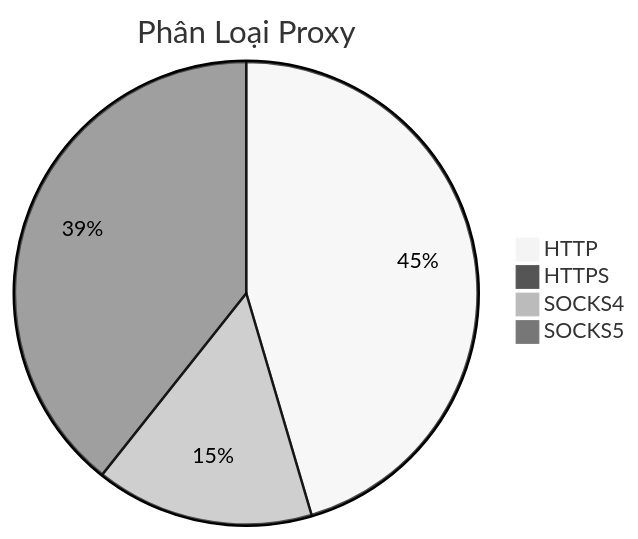
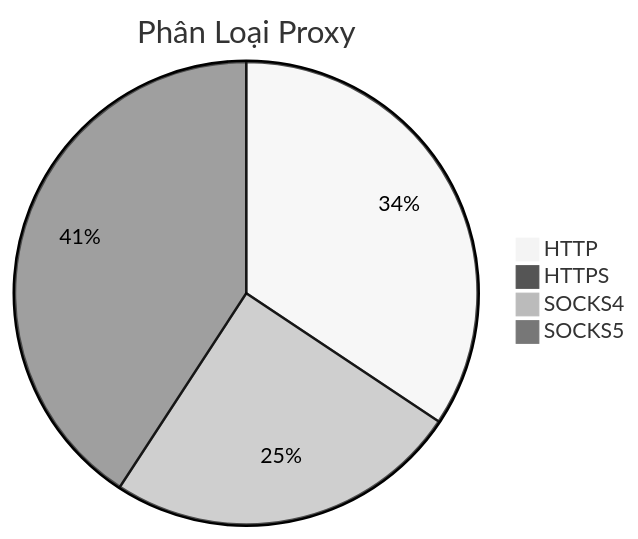
The diagram in README.md (Ciara-Aa/PROXY-free), drawn with Mermaid (neutral theme) before and after one commit. The commit also changed other lines of this file and 4 other files, not shown here.

````diff
--- a/README.md
+++ b/README.md
@@ -26,7 +26,7 @@
 ```mermaid
 pie title Phân Loại Proxy
-    "HTTP" : 802
-    "HTTPS" : 3
-    "SOCKS4" : 269
-    "SOCKS5" : 694
+    "HTTP" : 448
+    "HTTPS" : 2
+    "SOCKS4" : 324
+    "SOCKS5" : 532
 ```
````
